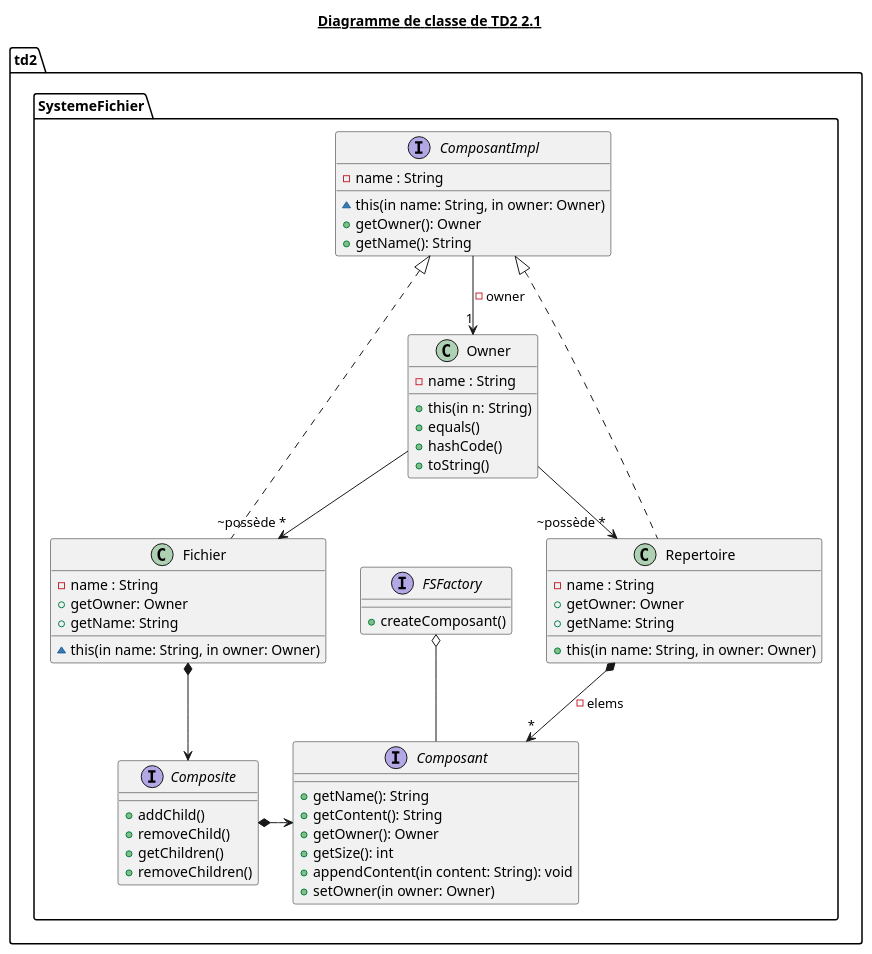
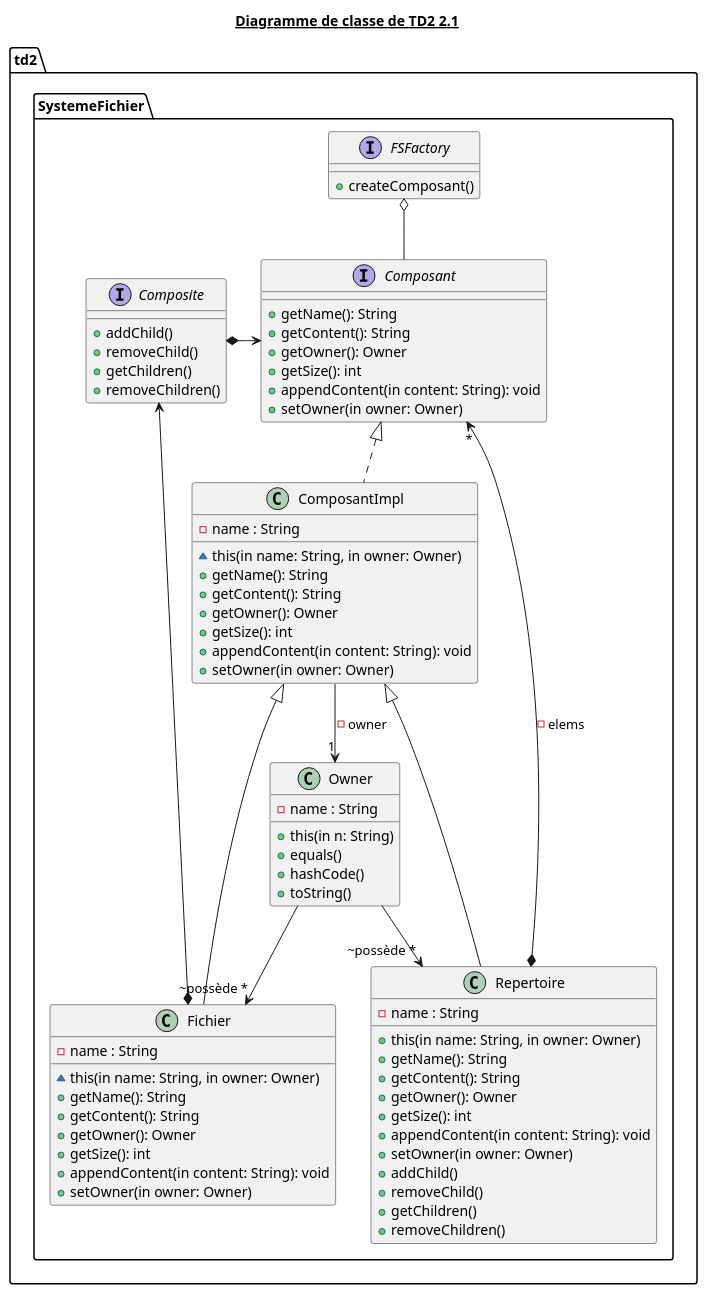
One commit to KrishnarashTHEVAKUMARAN/mapc changed the diagram in td2/app/src/main/java/td2/SystemeFichier/TD2_SystemeFichier.puml. Above: the diagram before and after it, drawn with PlantUML. The commit also changed 8 other files, not shown here.

```diff
--- a/td2/app/src/main/java/td2/SystemeFichier/TD2_SystemeFichier.puml
+++ b/td2/app/src/main/java/td2/SystemeFichier/TD2_SystemeFichier.puml
@@ -1,68 +1,84 @@
 @startuml TD2_SystemeFichier
 
 title __Diagramme de classe de TD2 2.1__
 package td2 {
     package SystemeFichier{
             interface Composant {
                 + getName(): String
                 + getContent(): String
                 + getOwner(): Owner
                 + getSize(): int
                 + appendContent(in content: String): void
                 + setOwner(in owner: Owner)
             }
 
             interface Composite {
                 + addChild()
                 + removeChild()
                 + getChildren()
                 + removeChildren()
             }
 
             interface FSFactory {
                 + createComposant()
             }
 
-            interface ComposantImpl{
+            class ComposantImpl implements Composant{
                 - name : String
 
                 ~ this(in name: String, in owner: Owner)
+                + getName(): String
+                + getContent(): String
                 + getOwner(): Owner
-                + getName(): String
+                + getSize(): int
+                + appendContent(in content: String): void
+                + setOwner(in owner: Owner)
             }
 
-            class Fichier implements ComposantImpl{
+            class Fichier extends ComposantImpl{
                 - name : String
                 ~ this(in name: String, in owner: Owner)
-                + getOwner: Owner
-                + getName: String
+                + getName(): String
+                + getContent(): String
+                + getOwner(): Owner
+                + getSize(): int
+                + appendContent(in content: String): void
+                + setOwner(in owner: Owner)
             }
 
-            class Repertoire implements ComposantImpl{
+            class Repertoire extends ComposantImpl{
                 - name : String
-                 + this(in name: String, in owner: Owner)
-                + getOwner: Owner
-                + getName: String
+                + this(in name: String, in owner: Owner)
+                + getName(): String
+                + getContent(): String
+                + getOwner(): Owner
+                + getSize(): int
+                + appendContent(in content: String): void
+                + setOwner(in owner: Owner)
+                + addChild()
+                + removeChild()
+                + getChildren()
+                + removeChildren()
             }
 
             class Owner {
                 - name : String
 
                 + this(in n: String)
                 + equals()
                 + hashCode()
                 + toString()
             }
 
     }
 }
 
    Composite *-> Composant
    ComposantImpl --> "1" Owner  : -owner
    Repertoire *--> "*" Composant : - elems
    FSFactory o-- Composant
    Fichier *-->  Composite
    Owner  --> "~possède *" Fichier
    Owner  --> "~possède *" Repertoire
 
 @enduml
```
